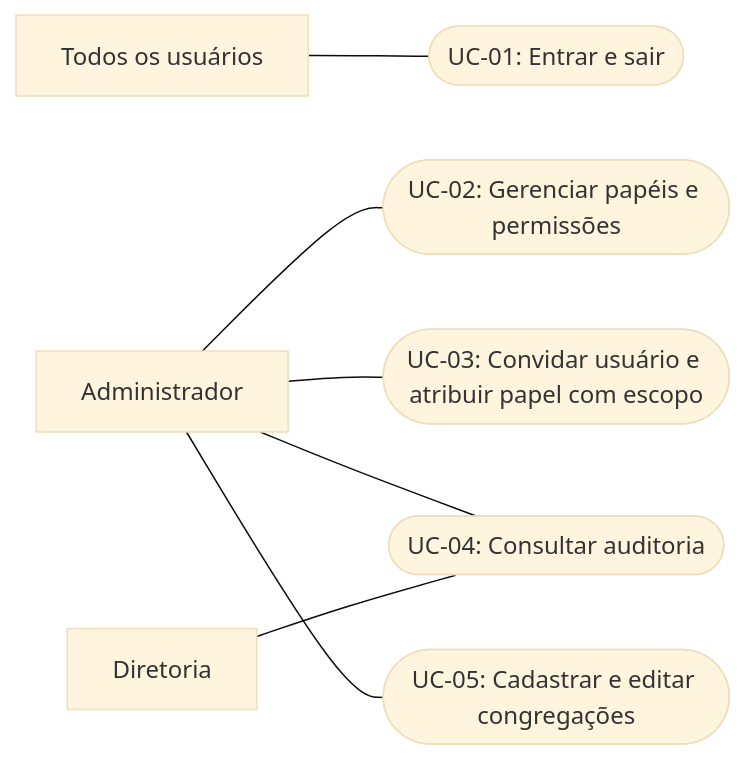
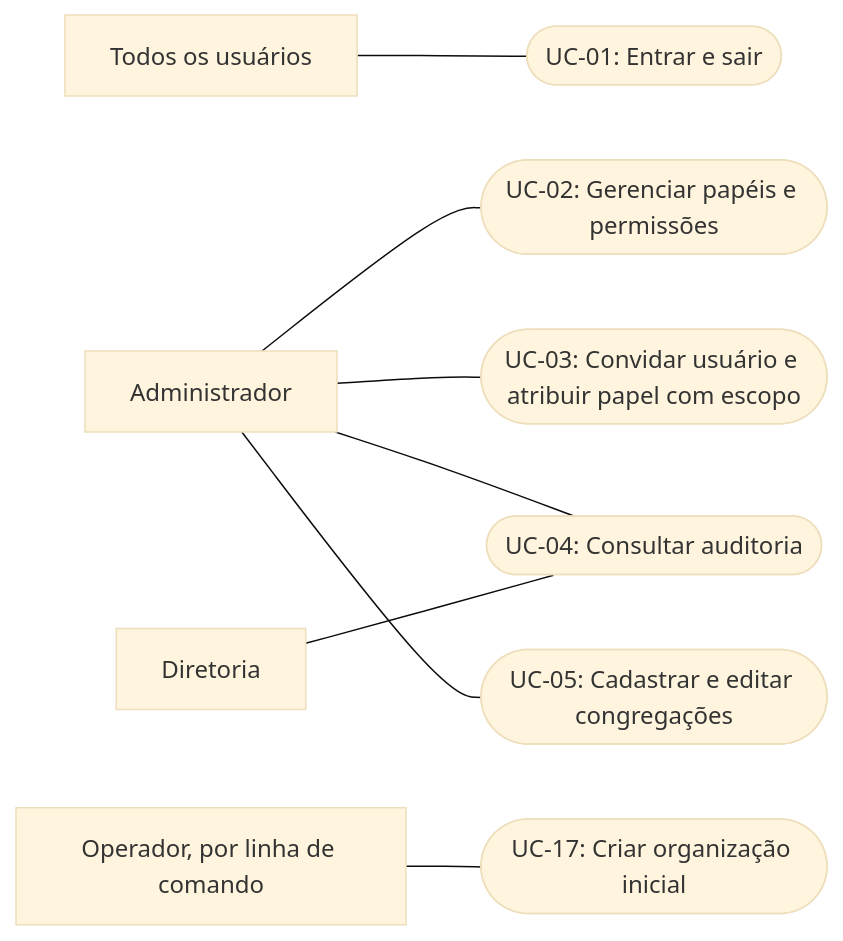
Before and after one commit to JTllesJR/sistema-igreja: the first of 3 diagrams in docs/diagramas/casos-de-uso.md, drawn with Mermaid (base theme). The commit also changed other lines of this file and 8 other files, not shown here.

First line of the commit message:
docs: adr 0009 do modulo organization e complementos nos diagramas

````diff
--- a/docs/diagramas/casos-de-uso.md
+++ b/docs/diagramas/casos-de-uso.md
@@ -9,9 +9,10 @@
 ```mermaid
 flowchart LR
     Todos[Todos os usuários] --- UC01([UC-01: Entrar e sair])
     Admin[Administrador] --- UC02([UC-02: Gerenciar papéis e permissões])
     Admin --- UC03([UC-03: Convidar usuário e atribuir papel com escopo])
     Admin --- UC04([UC-04: Consultar auditoria])
     Admin --- UC05([UC-05: Cadastrar e editar congregações])
     Diretoria[Diretoria] --- UC04
+    Operador[Operador, por linha de comando] --- UC17([UC-17: Criar organização inicial])
 ```
````
